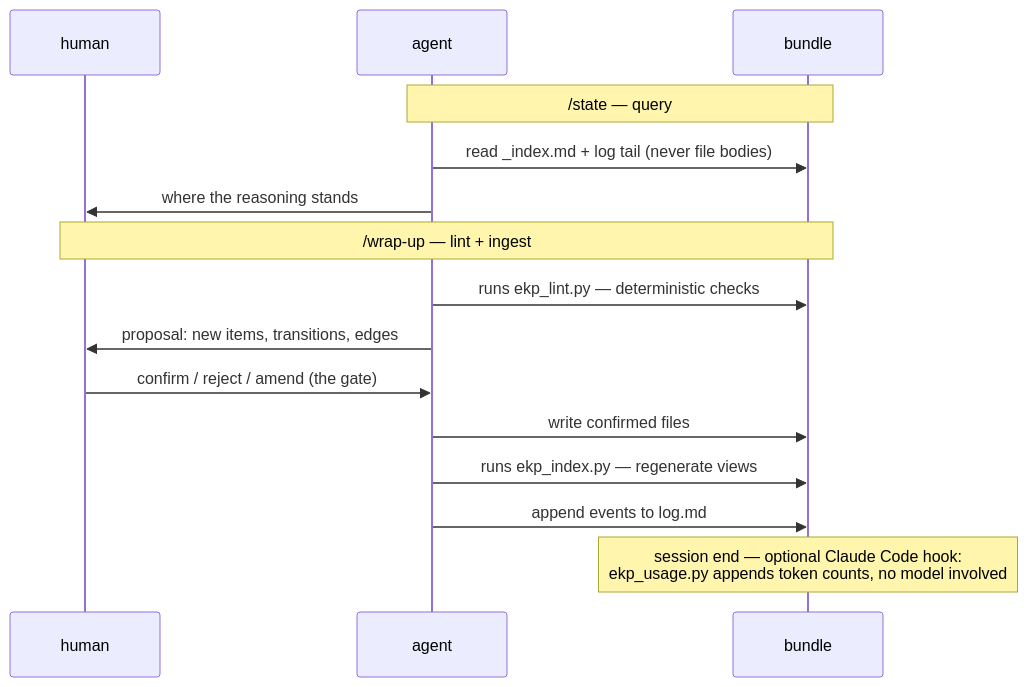
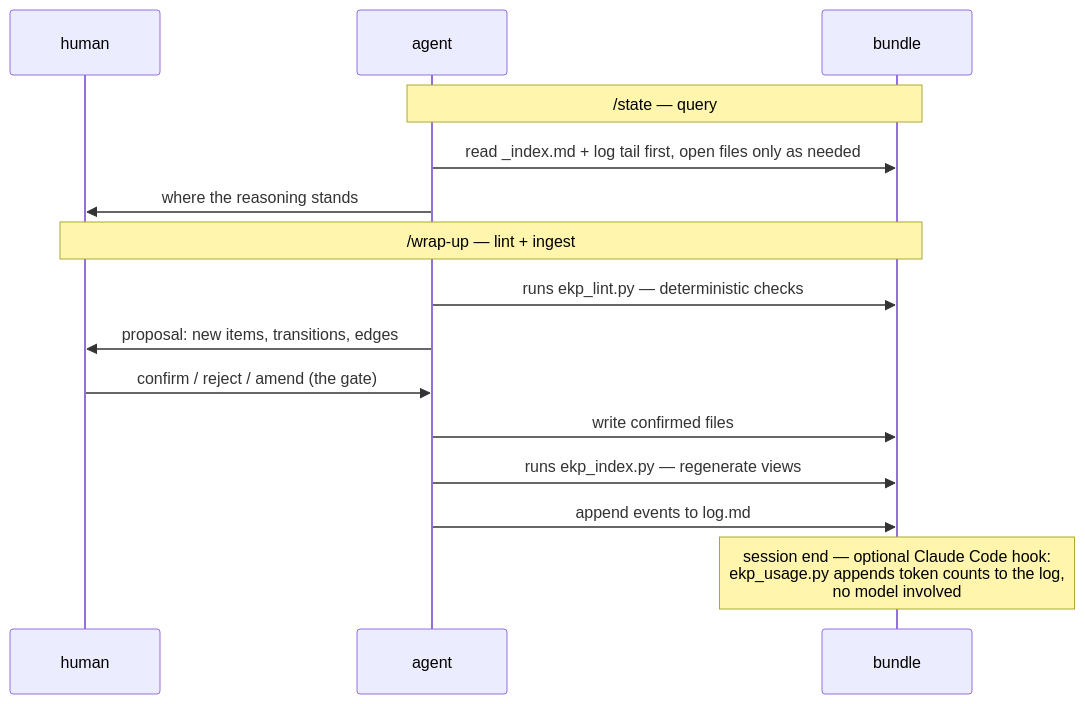
One commit to AhUhmm/epistemic-knowledge-profile changed the second of 3 diagrams in README.md. Above: the diagram before and after it, drawn with Mermaid. The commit also changed other lines of this file and 1 other file, not shown here.

First line of the commit message:
README diagrams: fixes from the blind review of #25

````diff
--- a/README.md
+++ b/README.md
@@ -90,17 +94,17 @@
 ```mermaid
 sequenceDiagram
     participant U as human
     participant M as agent
     participant B as bundle
     Note over M,B: /state — query
-    M->>B: read _index.md + log tail (never file bodies)
+    M->>B: read _index.md + log tail first, open files only as needed
     M->>U: where the reasoning stands
     Note over U,B: /wrap-up — lint + ingest
     M->>B: runs ekp_lint.py — deterministic checks
     M->>U: proposal: new items, transitions, edges
     U->>M: confirm / reject / amend (the gate)
     M->>B: write confirmed files
     M->>B: runs ekp_index.py — regenerate views
     M->>B: append events to log.md
-    Note over B: session end — optional Claude Code hook:<br/>ekp_usage.py appends token counts, no model involved
+    Note over B: session end — optional Claude Code hook:<br/>ekp_usage.py appends token counts to the log,<br/>no model involved
 ```
````
